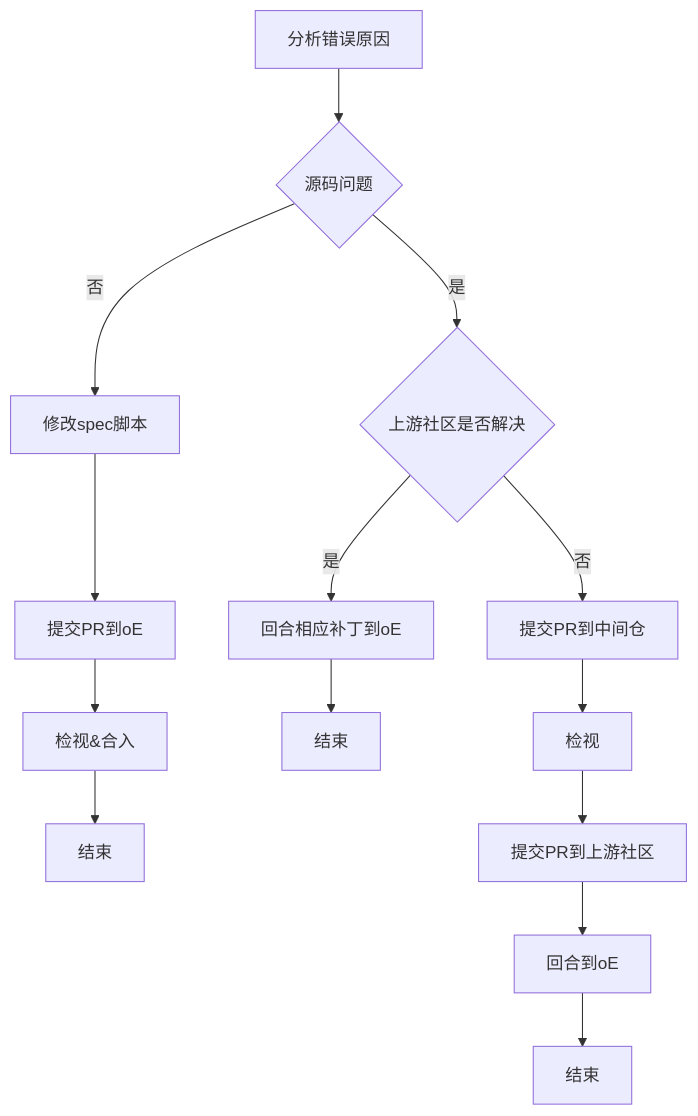
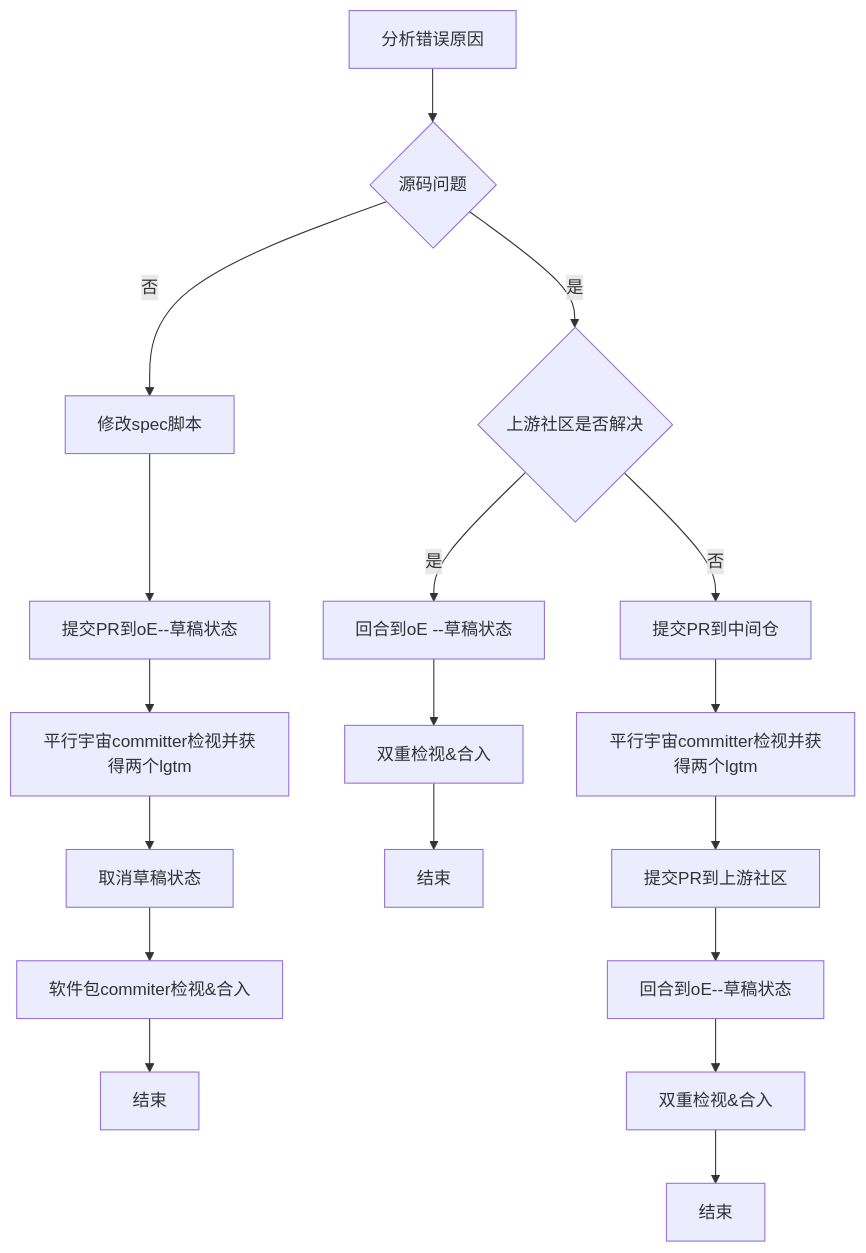
Before and after one commit to openeuler-mirror/compiler-docs: the diagram in LLVM Parallel Universe Project/参与贡献指导.md, drawn with Mermaid. The commit also changed other lines of this file, not shown here.

````diff
--- a/LLVM Parallel Universe Project/参与贡献指导.md
+++ b/LLVM Parallel Universe Project/参与贡献指导.md
@@ -9,12 +14,13 @@
 ```mermaid
 flowchart TD
 
     A[分析错误原因] --> B{源码问题}
     B -->|否| D[修改spec脚本]
     B -->|是| C{上游社区是否解决}
-    D -->D1[提交PR到oE] --> D2[检视&合入] --> D3[结束]
-    C -->|是| E1[回合相应补丁到oE]--> E2[结束]
+    D -->D1[提交PR到oE--草稿状态]--> D2[平行宇宙committer检视并获得两个lgtm] -->D3[取消草稿状态]
+    D3--> D4[软件包commiter检视&合入] --> D5[结束]
+    C -->|是| E1[回合到oE --草稿状态]-->E2[双重检视&合入] --> E3[结束]
     C -->|否| F1[提交PR到中间仓]
-    F1 --> F2[检视] --> F3[提交PR到上游社区]
-    F3 --> F4[回合到oE] --> F5[结束]
+    F1 --> F2[平行宇宙committer检视并获得两个lgtm] --> F3[提交PR到上游社区]
+    F3 --> F4[回合到oE--草稿状态] --> F5[双重检视&合入]--> F6[结束]
 ```
````
